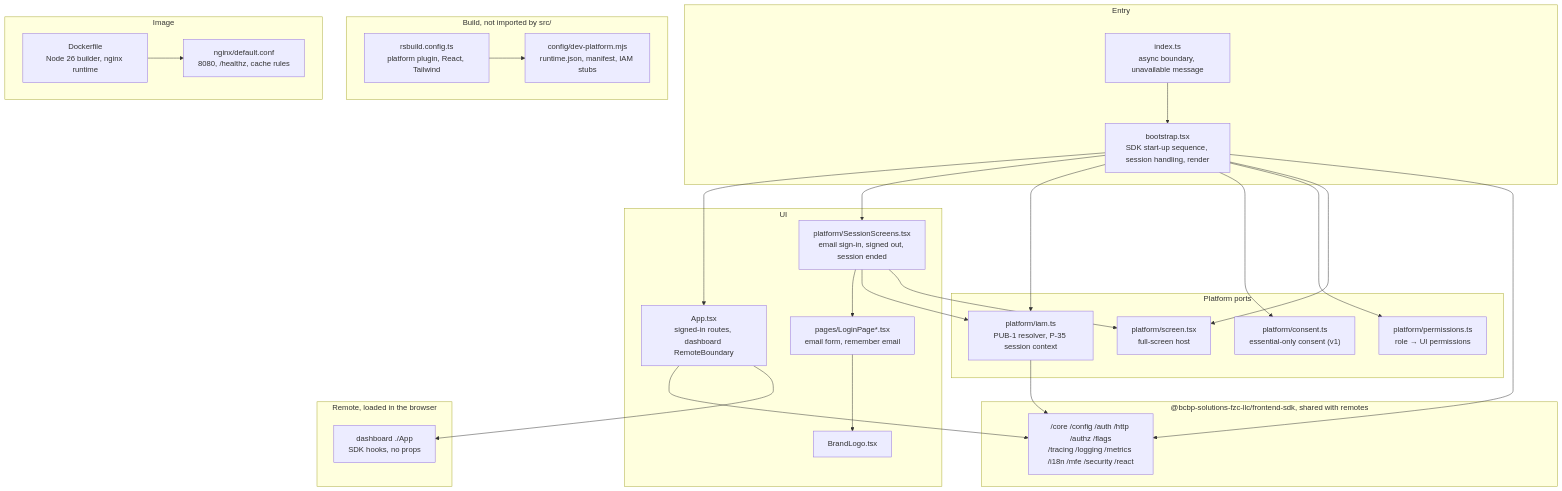
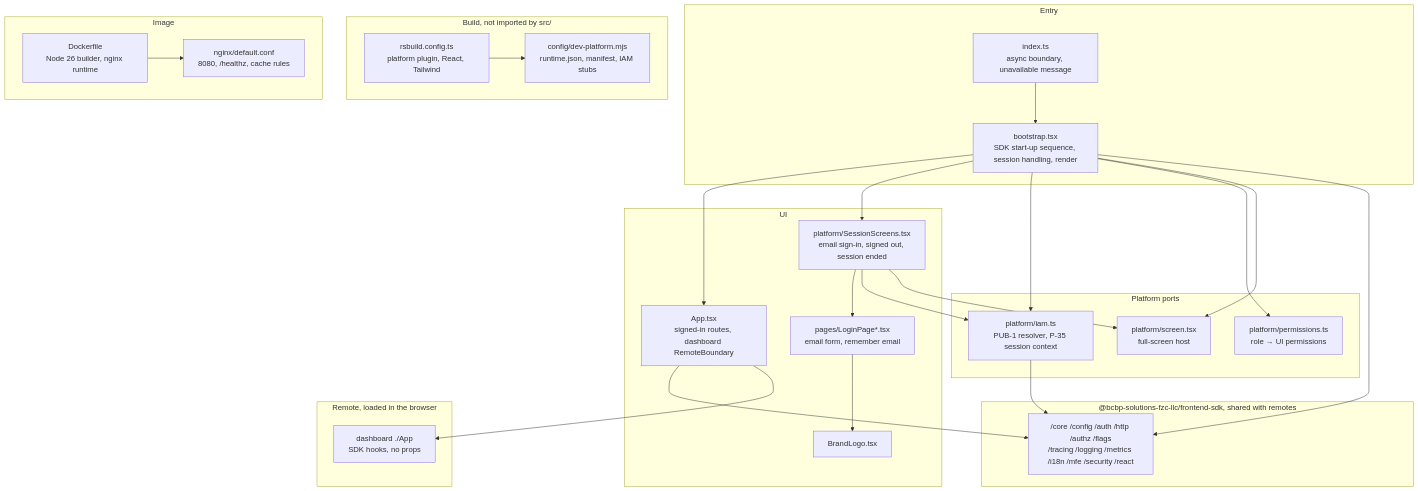
The diagram in docs/architecture/mermaid/layer-model.mmd (BCBP-SOLUTIONS-FZC-LLC/web-shell), drawn with Mermaid before and after one commit. The commit also changed 19 other files, not shown here.

First line of the commit message:
Remove logic duplicated from the platform SDK (consent stand-in, second retry layer) (#40)

```diff
--- a/docs/architecture/mermaid/layer-model.mmd
+++ b/docs/architecture/mermaid/layer-model.mmd
@@ -1,55 +1,53 @@
 graph TD
     subgraph entry["Entry"]
         index["index.ts\nasync boundary, unavailable message"]
         boot["bootstrap.tsx\nSDK start-up sequence, session handling, render"]
     end
 
     subgraph ui["UI"]
         app["App.tsx\nsigned-in routes, dashboard RemoteBoundary"]
         screens["platform/SessionScreens.tsx\nemail sign-in, signed out, session ended"]
         login["pages/LoginPage*.tsx\nemail form, remember email"]
         logo["BrandLogo.tsx"]
     end
 
     subgraph ports["Platform ports"]
         iam["platform/iam.ts\nPUB-1 resolver, P-35 session context"]
-        consent["platform/consent.ts\nessential-only consent (v1)"]
         perms["platform/permissions.ts\nrole → UI permissions"]
         screen["platform/screen.tsx\nfull-screen host"]
     end
 
     subgraph sdk["@bcbp-solutions-fzc-llc/frontend-sdk, shared with remotes"]
         sdkmods["/core /config /auth /http /authz /flags\n/tracing /logging /metrics /i18n /mfe /security /react"]
     end
 
     subgraph remote["Remote, loaded in the browser"]
         dashboard["dashboard ./App\nSDK hooks, no props"]
     end
 
     subgraph build["Build, not imported by src/"]
         rsbuild["rsbuild.config.ts\nplatform plugin, React, Tailwind"]
         devplat["config/dev-platform.mjs\nruntime.json, manifest, IAM stubs"]
     end
 
     subgraph image["Image"]
         nginx["nginx/default.conf\n8080, /healthz, cache rules"]
         docker["Dockerfile\nNode 26 builder, nginx runtime"]
     end
 
     index --> boot
     boot --> app
     boot --> screens
     boot --> iam
-    boot --> consent
     boot --> perms
     boot --> screen
     boot --> sdkmods
     screens --> login
     screens --> iam
     screens --> screen
     login --> logo
     app --> sdkmods
     app --> dashboard
     iam --> sdkmods
     rsbuild --> devplat
     docker --> nginx
```
